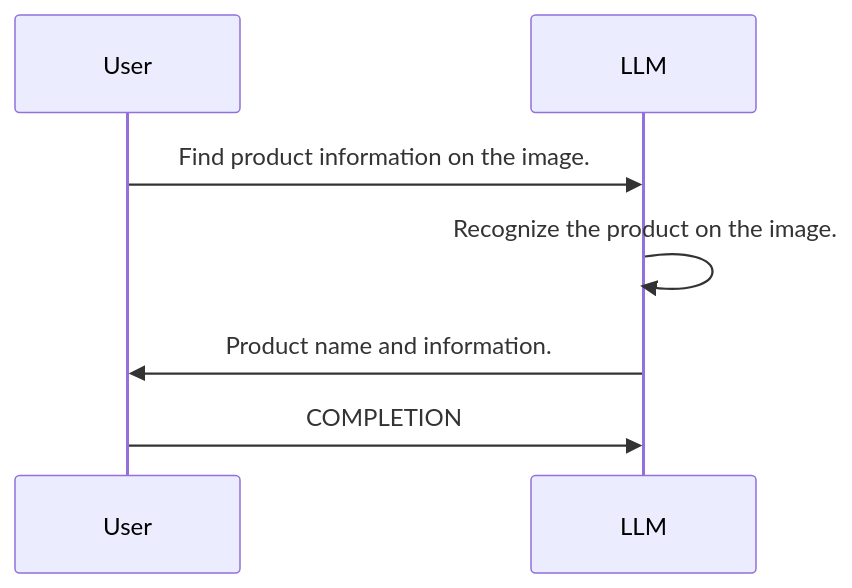
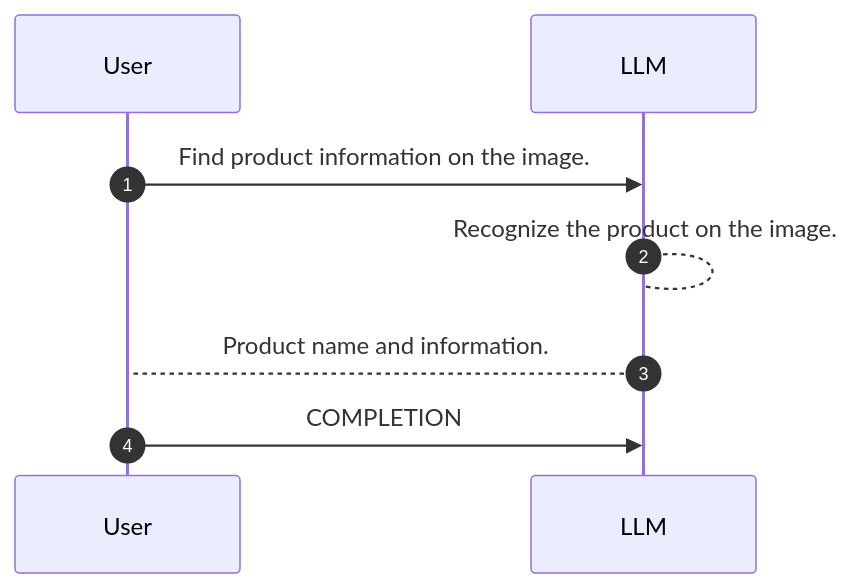
The first of 4 diagrams in _posts/2024-11-31-service-as-a-software.md (yueguoguo/yueguoguo.github.io), drawn with Mermaid before and after one commit. The commit also changed other lines of this file, not shown here.

Commit message:
update diagram

```diff
--- a/_posts/2024-11-31-service-as-a-software.md
+++ b/_posts/2024-11-31-service-as-a-software.md
@@ -121,7 +121,8 @@
 <div class="mermaid">
 sequenceDiagram
+    autonumber
     User->>LLM: Find product information on the image.
-    LLM->>LLM: Recognize the product on the image. 
-    LLM->>User: Product name and information.
+    LLM-->LLM: Recognize the product on the image. 
+    LLM-->User: Product name and information.
     User->>LLM: COMPLETION
 </div>
```
